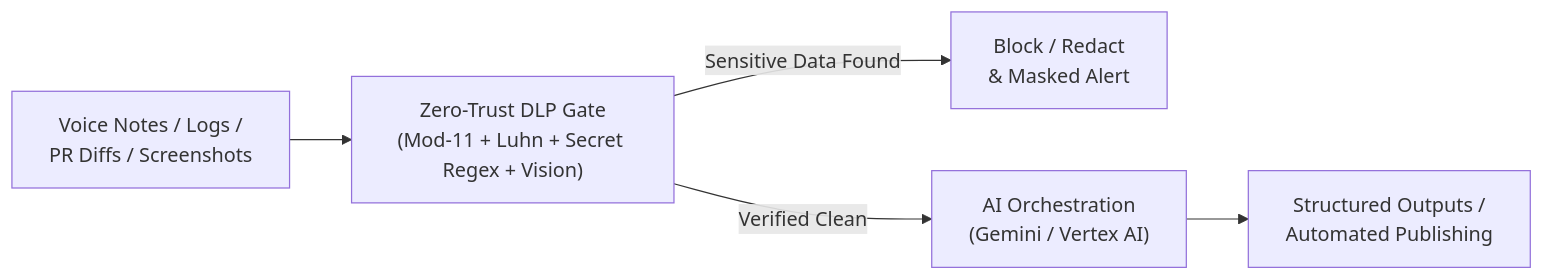
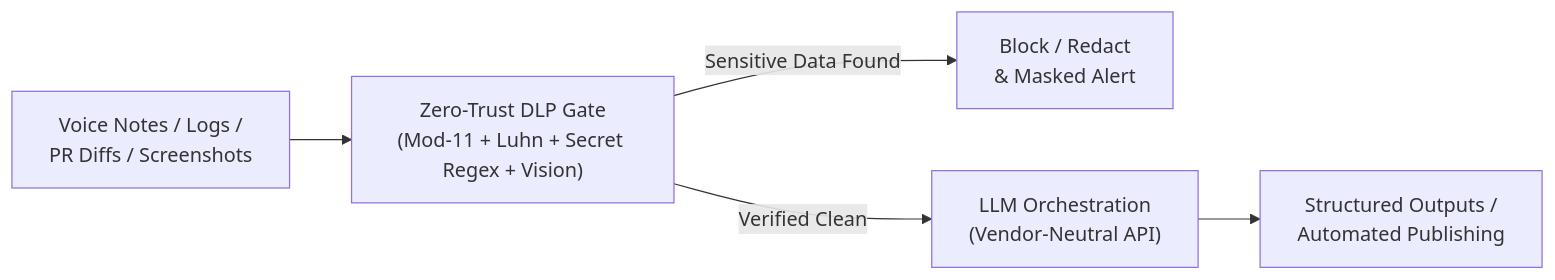
One commit to gavicoding/gavicoding changed the second of 2 diagrams in README.md. Above: the diagram before and after it, drawn with Mermaid. The commit also changed other lines of this file, not shown here.

First line of the commit message:
docs: add e-invoice hub and DB access cases, fix endpoint count, neutral LLM wording

````diff
--- a/README.md
+++ b/README.md
@@ -95,7 +95,7 @@
 ```mermaid
 flowchart LR
     IN["Voice Notes / Logs /\nPR Diffs / Screenshots"] --> GATE["Zero-Trust DLP Gate\n(Mod-11 + Luhn + Secret Regex + Vision)"]
     GATE -->|"Sensitive Data Found"| MASK["Block / Redact\n& Masked Alert"]
-    GATE -->|"Verified Clean"| AI["AI Orchestration\n(Gemini / Vertex AI)"]
+    GATE -->|"Verified Clean"| AI["LLM Orchestration\n(Vendor-Neutral API)"]
     AI --> OUT["Structured Outputs /\nAutomated Publishing"]
 ```
````
